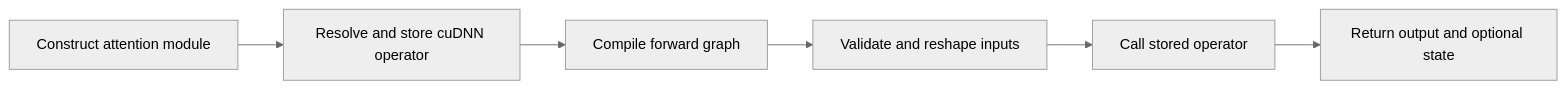
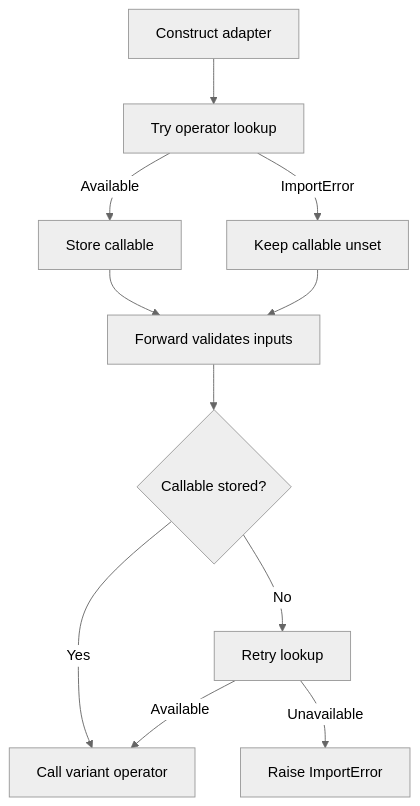
One commit to yuguo-Jack/HCU-TrainFlow changed the diagram in knowledge/projects/transformer-engine/knowledgebase/upstream/prs/NVIDIA--TransformerEngine/PR-3685.md. Above: the diagram before and after it, drawn with Mermaid. The commit also changed other lines of this file and 42044 other files, not shown here.

````diff
--- a/knowledge/projects/transformer-engine/knowledgebase/upstream/prs/NVIDIA--TransformerEngine/PR-3685.md
+++ b/knowledge/projects/transformer-engine/knowledgebase/upstream/prs/NVIDIA--TransformerEngine/PR-3685.md
@@ -98,9 +119,14 @@
 ```mermaid
 %%{init: {'theme': 'neutral'}}%%
-flowchart LR
-  A[Construct attention module] --> B[Resolve and store cuDNN operator]
-  B --> C[Compile forward graph]
-  C --> D[Validate and reshape inputs]
-  D --> E[Call stored operator]
-  E --> F[Return output and optional state]
+flowchart TD
+  A[Construct adapter] --> B[Try operator lookup]
+  B -->|Available| C[Store callable]
+  B -->|ImportError| D[Keep callable unset]
+  C --> E[Forward validates inputs]
+  D --> E
+  E --> F{Callable stored?}
+  F -->|Yes| G[Call variant operator]
+  F -->|No| H[Retry lookup]
+  H -->|Available| G
+  H -->|Unavailable| I[Raise ImportError]
 ```
````
